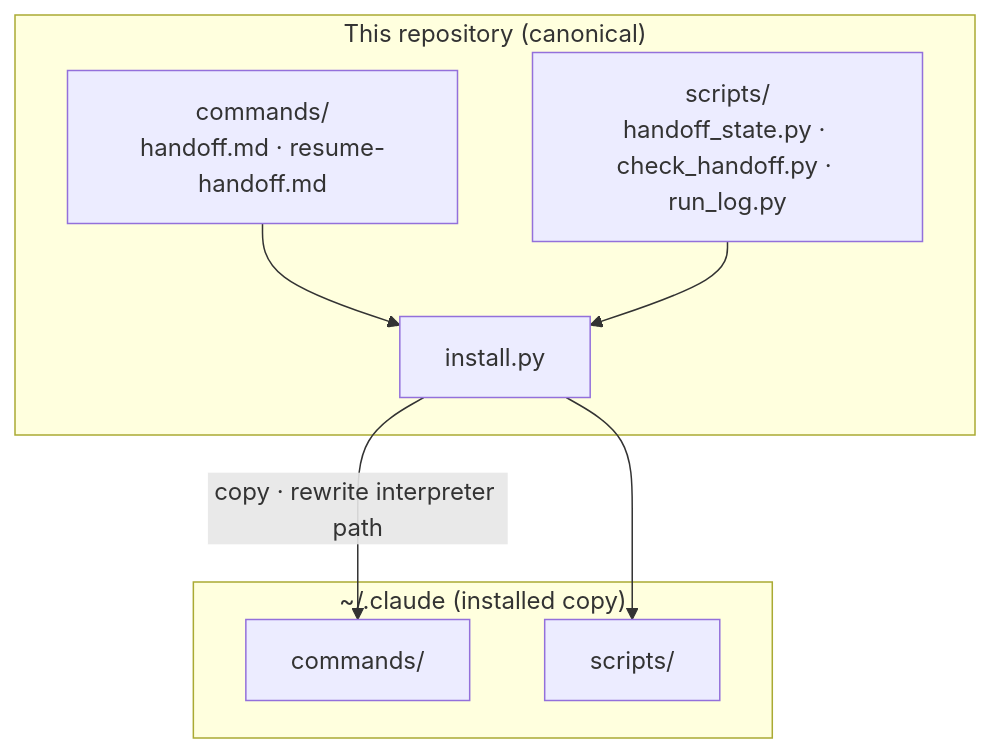
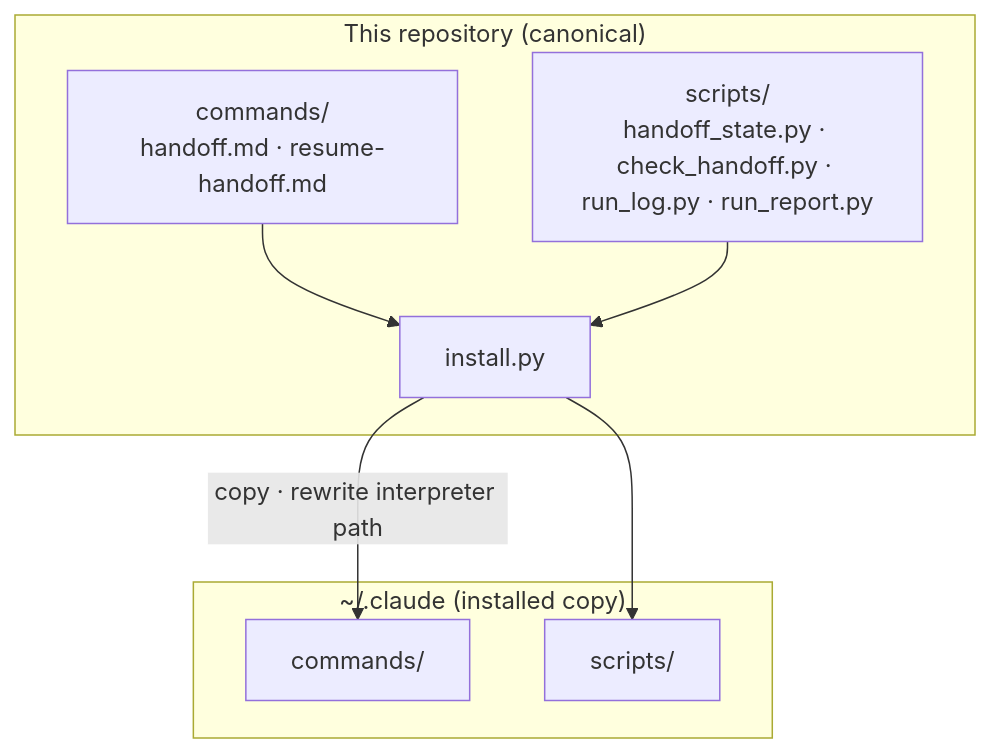
The first of 3 diagrams in README.md (ai-dev-methodologies/session-handoff), drawn with Mermaid before and after one commit. The commit also changed other lines of this file and 17 other files, not shown here.

First line of the commit message:
feat: 2026.11.09-2 run log signals and run_report analyzer

````diff
--- a/README.md
+++ b/README.md
@@ -25,16 +25,16 @@
 ```mermaid
 flowchart TD
     subgraph REPO["This repository (canonical)"]
         C["commands/<br/>handoff.md · resume-handoff.md"]
-        S["scripts/<br/>handoff_state.py · check_handoff.py · run_log.py"]
+        S["scripts/<br/>handoff_state.py · check_handoff.py · run_log.py · run_report.py"]
         I["install.py"]
     end
     subgraph HOME["~/.claude (installed copy)"]
         IC["commands/"]
         IS["scripts/"]
     end
     C --> I
     S --> I
     I -->|"copy · rewrite interpreter path"| IC
     I --> IS
 ```
````
